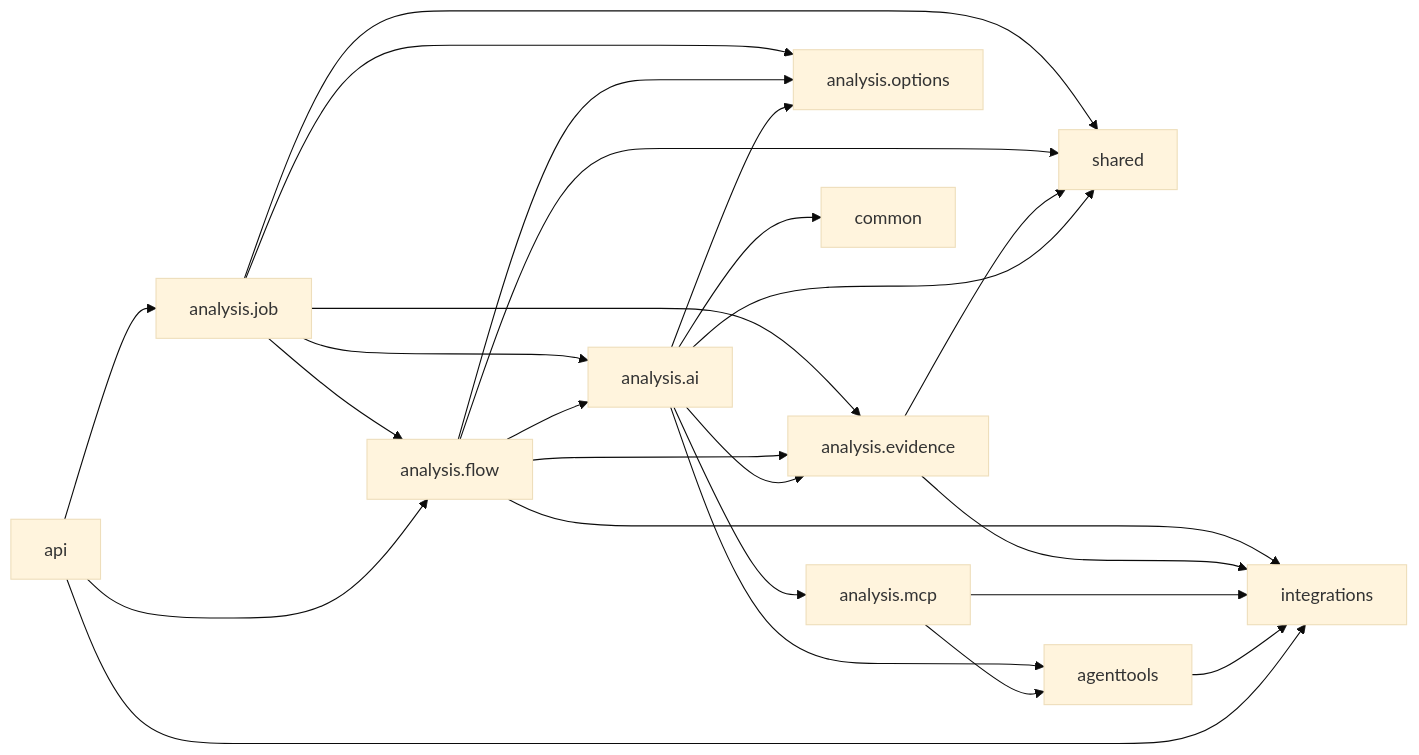
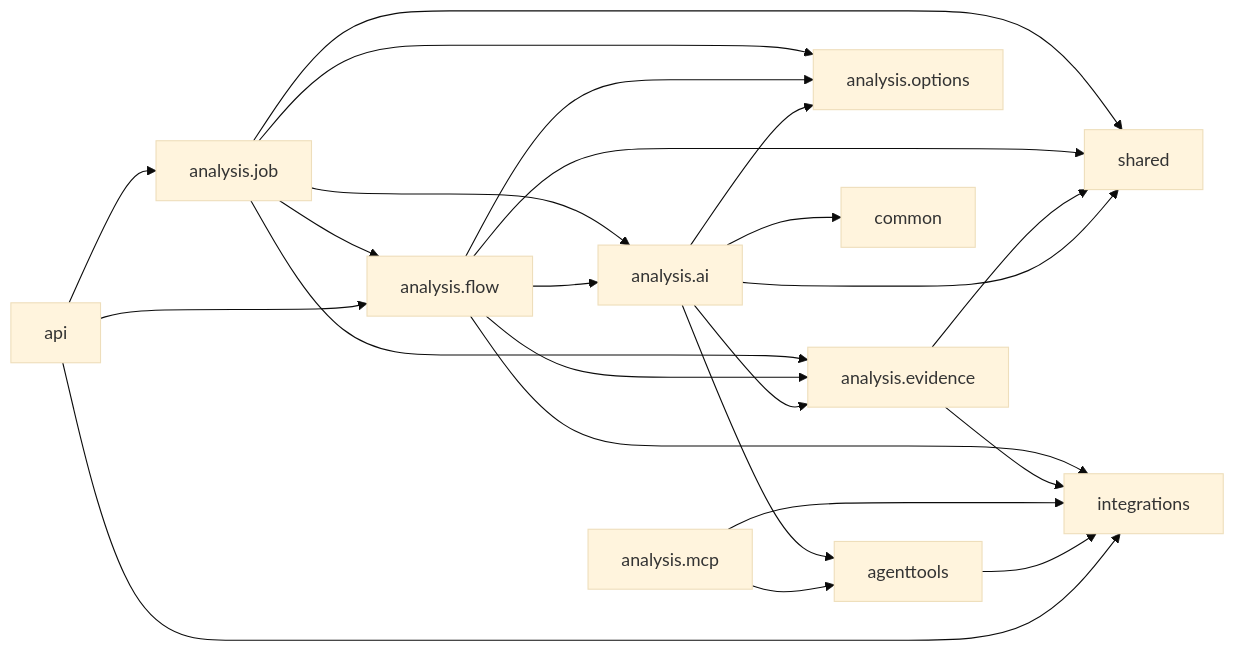
One commit to herald-assistant/incident-tracker changed the second of 2 diagrams in docs/architecture/05-package-dependencies.md. Above: the diagram before and after it, drawn with Mermaid (base theme). The commit also changed other lines of this file and 16 other files, not shown here.

````diff
--- a/docs/architecture/05-package-dependencies.md
+++ b/docs/architecture/05-package-dependencies.md
@@ -135,32 +135,31 @@
 ```mermaid
 flowchart LR
     JOB["analysis.job"] --> FLOW["analysis.flow"]
     JOB --> AI["analysis.ai"]
     JOB --> EVIDENCE["analysis.evidence"]
     JOB --> OPTIONS["analysis.options"]
     JOB --> SHARED["shared"]
 
     FLOW --> EVIDENCE
     FLOW --> AI
     FLOW --> OPTIONS
     FLOW --> INTEGRATIONS["integrations"]
     FLOW --> SHARED
 
     EVIDENCE --> INTEGRATIONS["integrations"]
     EVIDENCE --> SHARED
 
-    AI --> MCP["analysis.mcp"]
     AI --> AGENTTOOLS["agenttools"]
     AI --> EVIDENCE
     AI --> OPTIONS
     AI --> COMMON["common"]
     AI --> SHARED
 
-    MCP --> INTEGRATIONS
+    MCP["analysis.mcp"] --> INTEGRATIONS
     MCP --> AGENTTOOLS
     AGENTTOOLS --> INTEGRATIONS
 
     API["api"] --> INTEGRATIONS
     API --> FLOW
     API --> JOB
 ```
````
